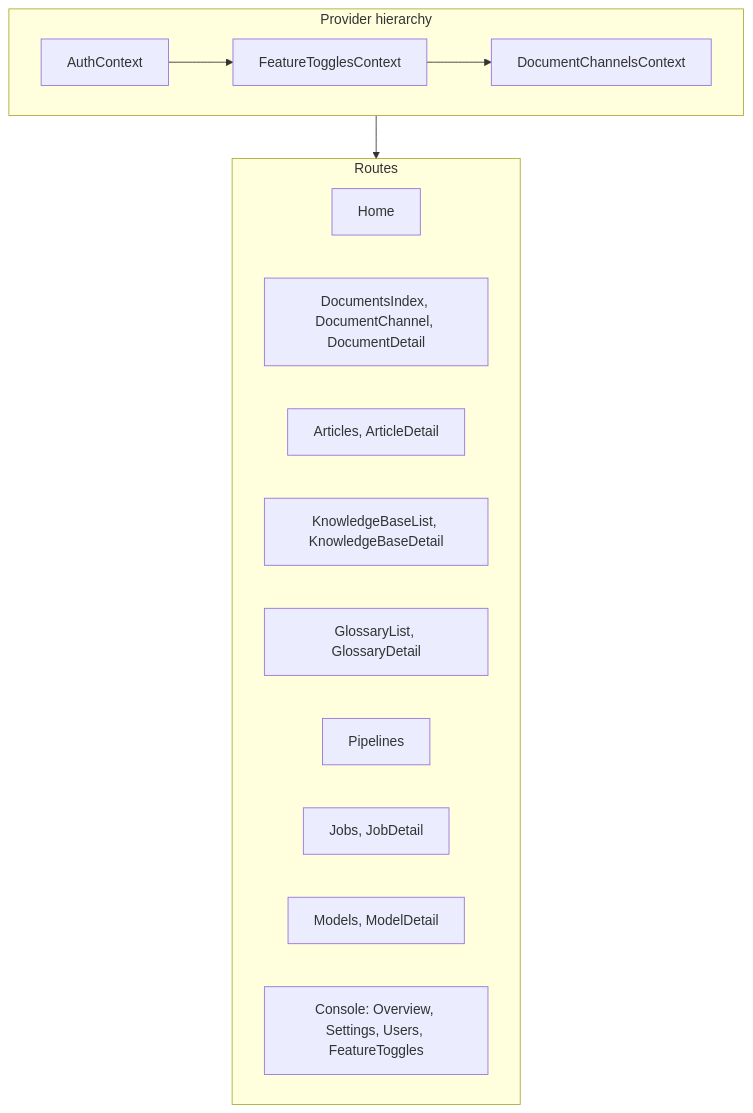
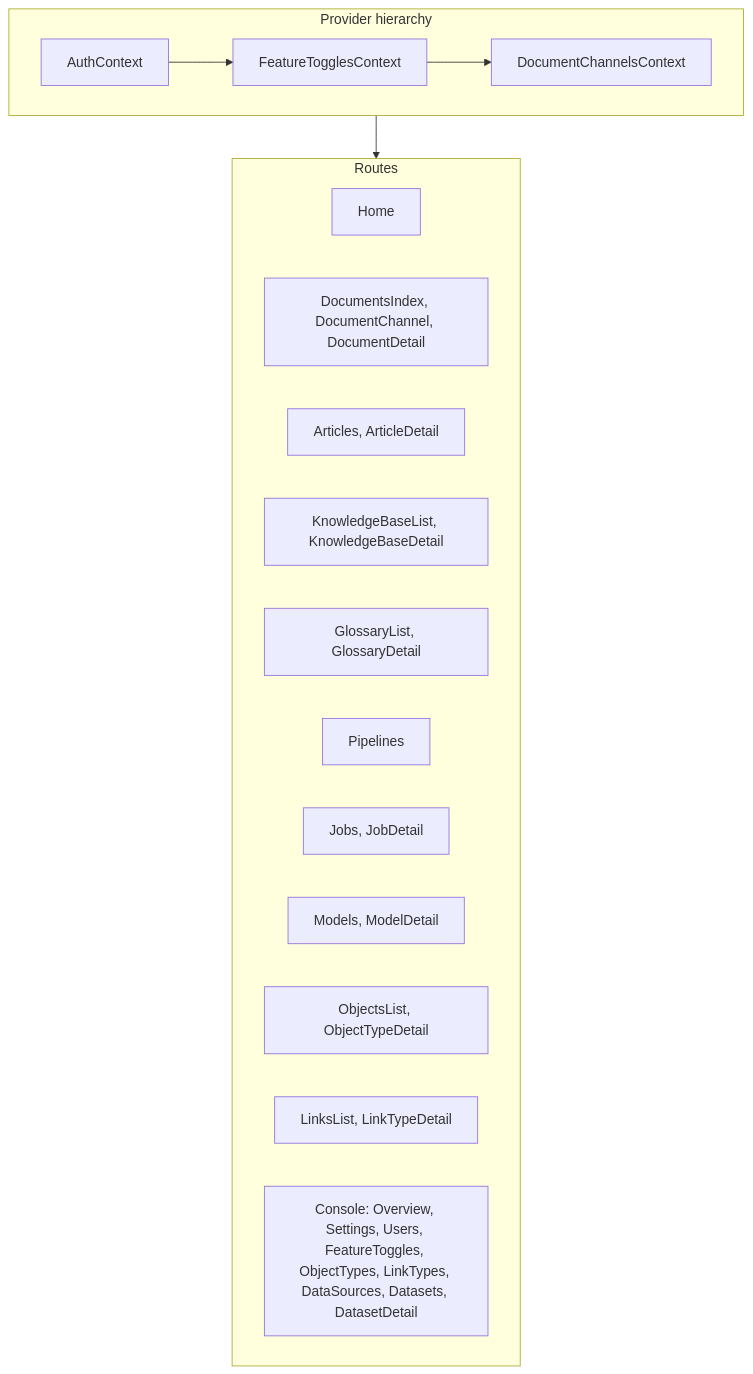
One commit to yingrui/openKMS changed the second of 5 diagrams in docs/architecture.md. Above: the diagram before and after it, drawn with Mermaid. The commit also changed other lines of this file and 51 other files, not shown here.

First line of the commit message:
feat: Data Sources, Datasets, Objects & Links, Dataset detail

````diff
--- a/docs/architecture.md
+++ b/docs/architecture.md
@@ -59,24 +59,26 @@
 ```mermaid
 flowchart TB
   subgraph Providers["Provider hierarchy"]
     Auth[AuthContext]
     FT[FeatureTogglesContext]
     DC[DocumentChannelsContext]
     Auth --> FT
     FT --> DC
   end
 
   subgraph Pages["Routes"]
     Home[Home]
     Docs[DocumentsIndex, DocumentChannel, DocumentDetail]
     Articles[Articles, ArticleDetail]
     KB[KnowledgeBaseList, KnowledgeBaseDetail]
     Glossaries[GlossaryList, GlossaryDetail]
     Pipelines[Pipelines]
     Jobs[Jobs, JobDetail]
     Models[Models, ModelDetail]
-    Console[Console: Overview, Settings, Users, FeatureToggles]
+    Objects[ObjectsList, ObjectTypeDetail]
+    Links[LinksList, LinkTypeDetail]
+    Console[Console: Overview, Settings, Users, FeatureToggles, ObjectTypes, LinkTypes, DataSources, Datasets, DatasetDetail]
   end
 
   Providers --> Pages
 ```
````
